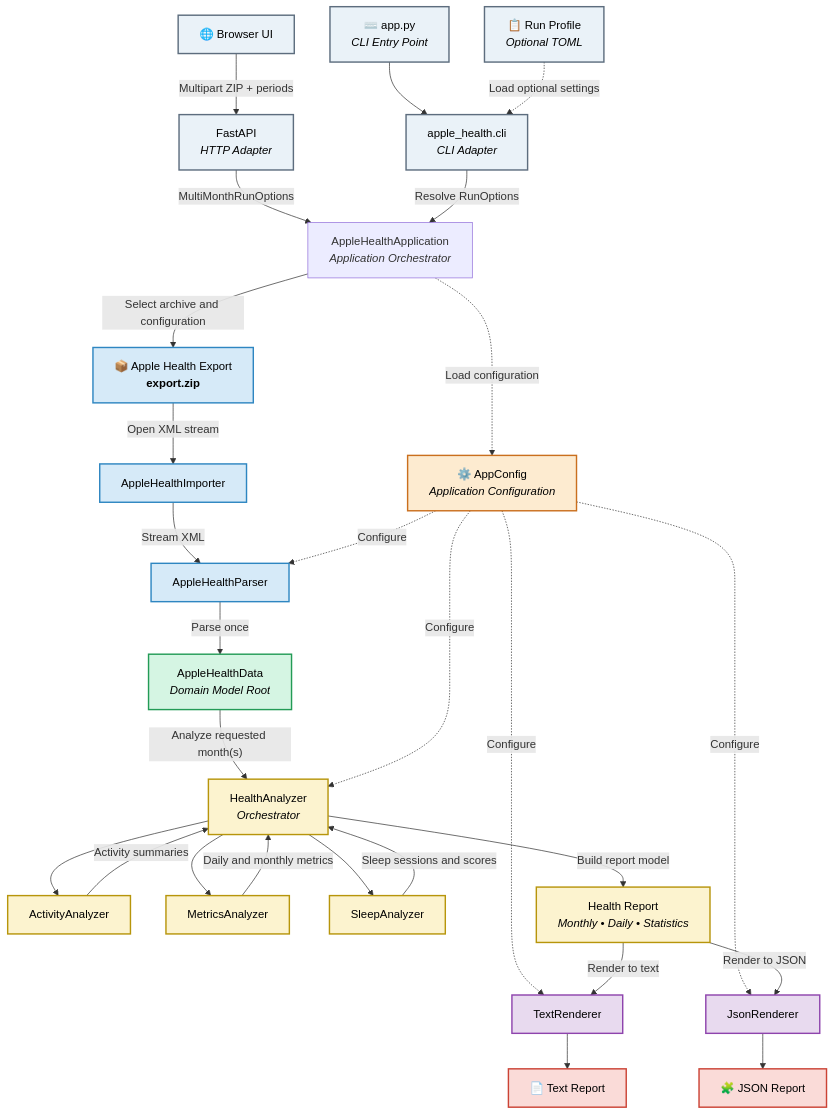
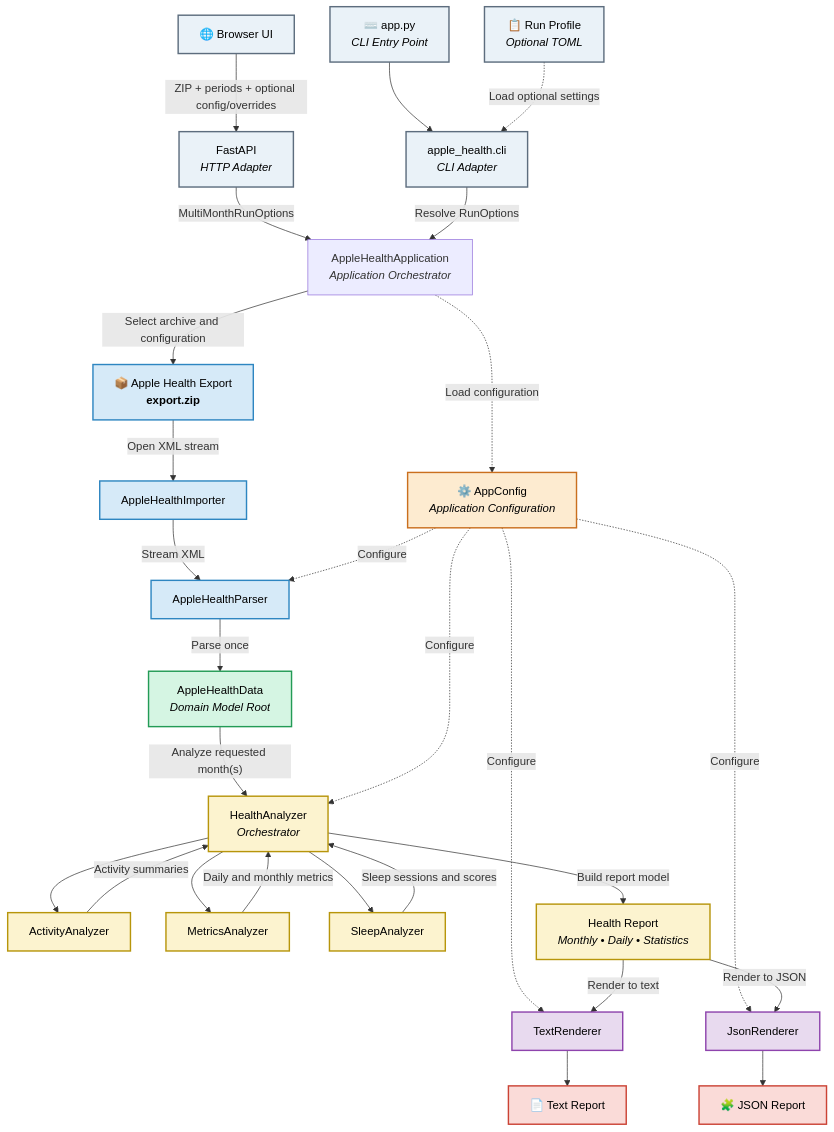
The first of 4 diagrams in README.md (MateuszMocarski/AppleHealthMonitorAnalyzer), drawn with Mermaid before and after one commit. The commit also changed other lines of this file and 2 other files, not shown here.

````diff
--- a/README.md
+++ b/README.md
@@ -313,74 +373,74 @@
 ```mermaid
 flowchart TD
 
     WEB["🌐 Browser UI"]
     API["FastAPI<br/><i>HTTP Adapter</i>"]
     ENTRY["⌨️ app.py<br/><i>CLI Entry Point</i>"]
     CLI["apple_health.cli<br/><i>CLI Adapter</i>"]
     PROFILE["📋 Run Profile<br/><i>Optional TOML</i>"]
     APP["AppleHealthApplication<br/><i>Application Orchestrator</i>"]
     A["📦 Apple Health Export<br/><b>export.zip</b>"]
     CFG["⚙️ AppConfig<br/><i>Application Configuration</i>"]
 
     B["AppleHealthImporter"]
     C["AppleHealthParser"]
     D["AppleHealthData<br/><i>Domain Model Root</i>"]
 
     E["HealthAnalyzer<br/><i>Orchestrator</i>"]
     EA["ActivityAnalyzer"]
     EM["MetricsAnalyzer"]
     ES["SleepAnalyzer"]
 
     F["Health Report<br/><i>Monthly • Daily • Statistics</i>"]
     G["TextRenderer"]
     GJ["JsonRenderer"]
     H["📄 Text Report"]
     HJ["🧩 JSON Report"]
 
-    WEB -->|"Multipart ZIP + periods"| API
+    WEB -->|"ZIP + periods + optional config/overrides"| API
     API -->|"MultiMonthRunOptions"| APP
     ENTRY --> CLI
     PROFILE -.->|"Load optional settings"| CLI
     CLI -->|"Resolve RunOptions"| APP
     APP -->|"Select archive and configuration"| A
     APP -.->|"Load configuration"| CFG
     A -->|"Open XML stream"| B
     B -->|"Stream XML"| C
     C -->|"Parse once"| D
     D -->|"Analyze requested month(s)"| E
 
     CFG -.->|"Configure"| C
     CFG -.->|"Configure"| E
     CFG -.->|"Configure"| G
     CFG -.->|"Configure"| GJ
 
     E --> EA
     E --> EM
     E --> ES
 
     EA -->|"Activity summaries"| E
     EM -->|"Daily and monthly metrics"| E
     ES -->|"Sleep sessions and scores"| E
 
     E -->|"Build report model"| F
     F -->|"Render to text"| G
     F -->|"Render to JSON"| GJ
     G --> H
     GJ --> HJ
 
     classDef adapter fill:#EAF2F8,stroke:#5D6D7E,color:#000,stroke-width:2px;
     classDef import fill:#D6EAF8,stroke:#2E86C1,color:#000,stroke-width:2px;
     classDef config fill:#FDEBD0,stroke:#CA6F1E,color:#000,stroke-width:2px;
     classDef domain fill:#D5F5E3,stroke:#239B56,color:#000,stroke-width:2px;
     classDef analysis fill:#FCF3CF,stroke:#B7950B,color:#000,stroke-width:2px;
     classDef presentation fill:#E8DAEF,stroke:#8E44AD,color:#000,stroke-width:2px;
     classDef output fill:#FADBD8,stroke:#CB4335,color:#000,stroke-width:2px;
 
     class WEB,API,ENTRY,CLI,PROFILE adapter;
     class A,B,C import;
     class CFG config;
     class D domain;
     class E,EA,EM,ES,F analysis;
     class G,GJ presentation;
     class H,HJ output;
 ```
````
